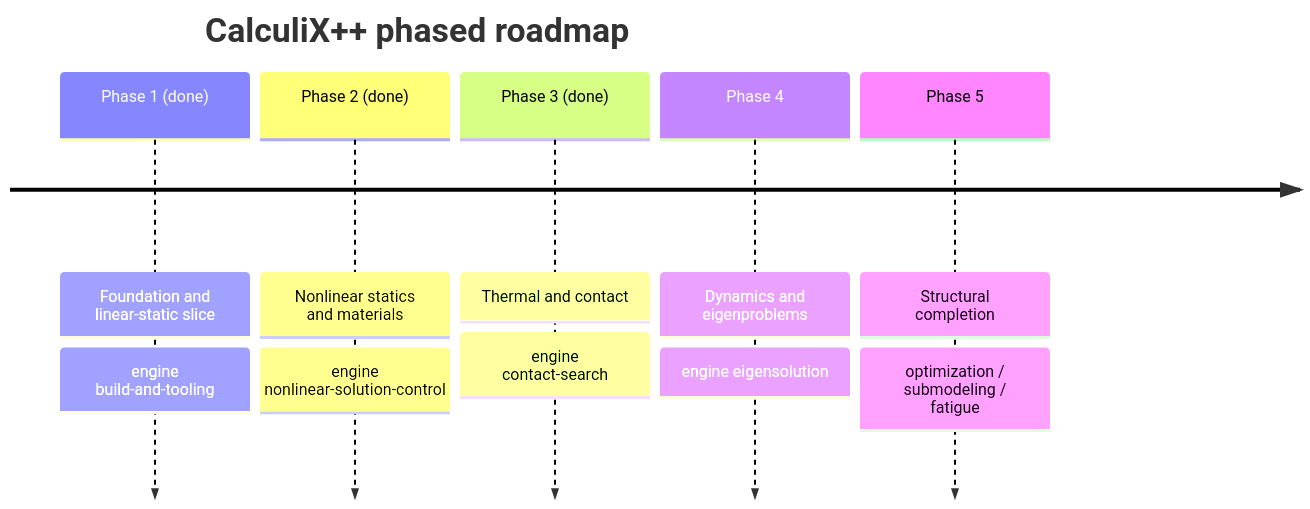
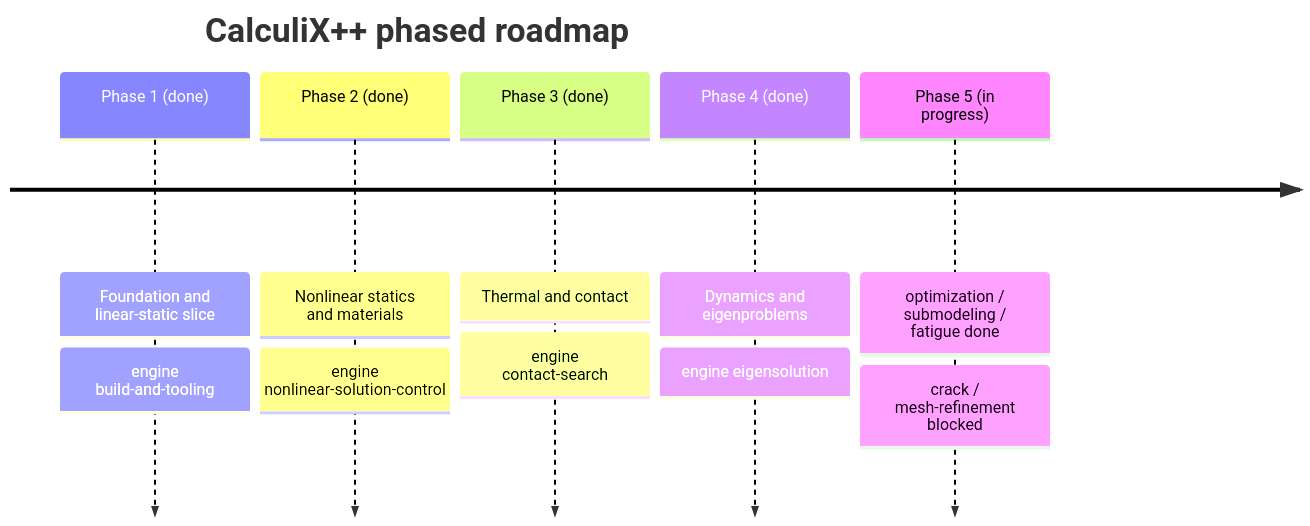
The fourth of 4 diagrams in README.md (CyberdyneCorp/CalculixPP), drawn with Mermaid before and after one commit. The commit also changed other lines of this file, not shown here.

First line of the commit message:
docs: sync README with Phase 5 unblocked capabilities

````diff
--- a/README.md
+++ b/README.md
@@ -477,9 +499,9 @@
 ```mermaid
 timeline
   title CalculiX++ phased roadmap
   Phase 1 (done) : Foundation and linear-static slice : engine build-and-tooling
   Phase 2 (done) : Nonlinear statics and materials : engine nonlinear-solution-control
   Phase 3 (done) : Thermal and contact : engine contact-search
-  Phase 4 : Dynamics and eigenproblems : engine eigensolution
-  Phase 5 : Structural completion : optimization / submodeling / fatigue
+  Phase 4 (done) : Dynamics and eigenproblems : engine eigensolution
+  Phase 5 (in progress) : optimization / submodeling / fatigue done : crack / mesh-refinement blocked
 ```
````
